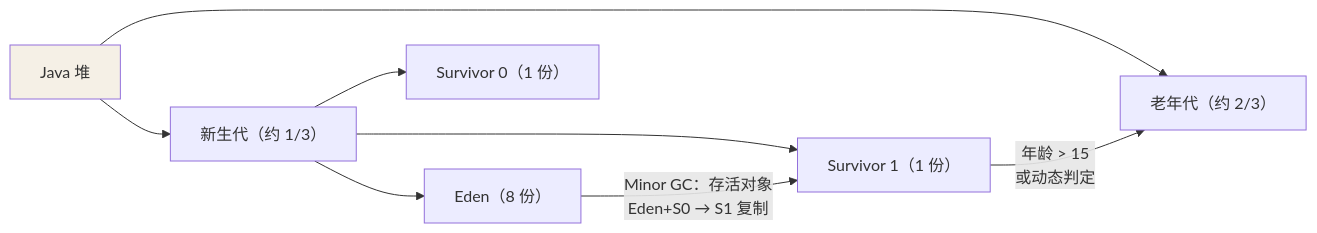
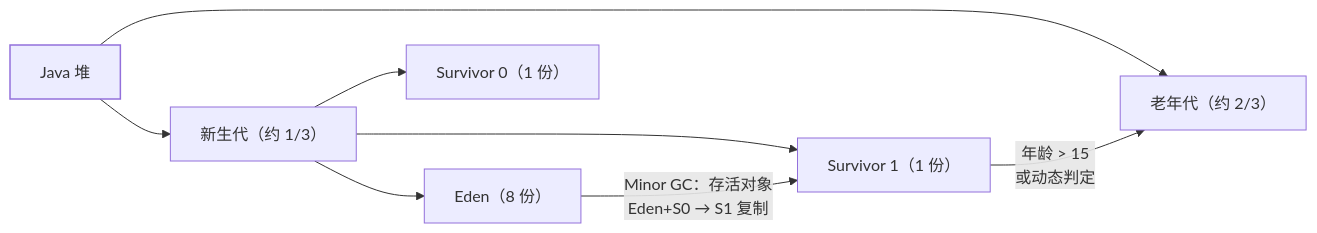
The second of 4 diagrams in src/content/docs/java/advanced/jvm/03-garbage-collection.md (Loadhao/ascension), drawn with Mermaid before and after one commit. The commit also changed other lines of this file and 87 other files, not shown here.

First line of the commit message:
fix: 全站图表配色改由主题接管，修复暗色主题下浅底浅字看不清

````diff
--- a/src/content/docs/java/advanced/jvm/03-garbage-collection.md
+++ b/src/content/docs/java/advanced/jvm/03-garbage-collection.md
@@ -40,12 +41,13 @@
 ```mermaid
 flowchart LR
     HEAP["Java 堆"] --> NEW["新生代（约 1/3）"]
     HEAP --> OLD["老年代（约 2/3）"]
     NEW --> EDEN["Eden（8 份）"]
     NEW --> S0["Survivor 0（1 份）"]
     NEW --> S1["Survivor 1（1 份）"]
     EDEN -->|"Minor GC：存活对象<br/>Eden+S0 → S1 复制" | S1
     S1 -->|"年龄 > 15<br/>或动态判定" | OLD
 
-    style HEAP fill:#f5f0e6
+    class HEAP hl
+    classDef hl stroke-width:1.5px
 ```
````
